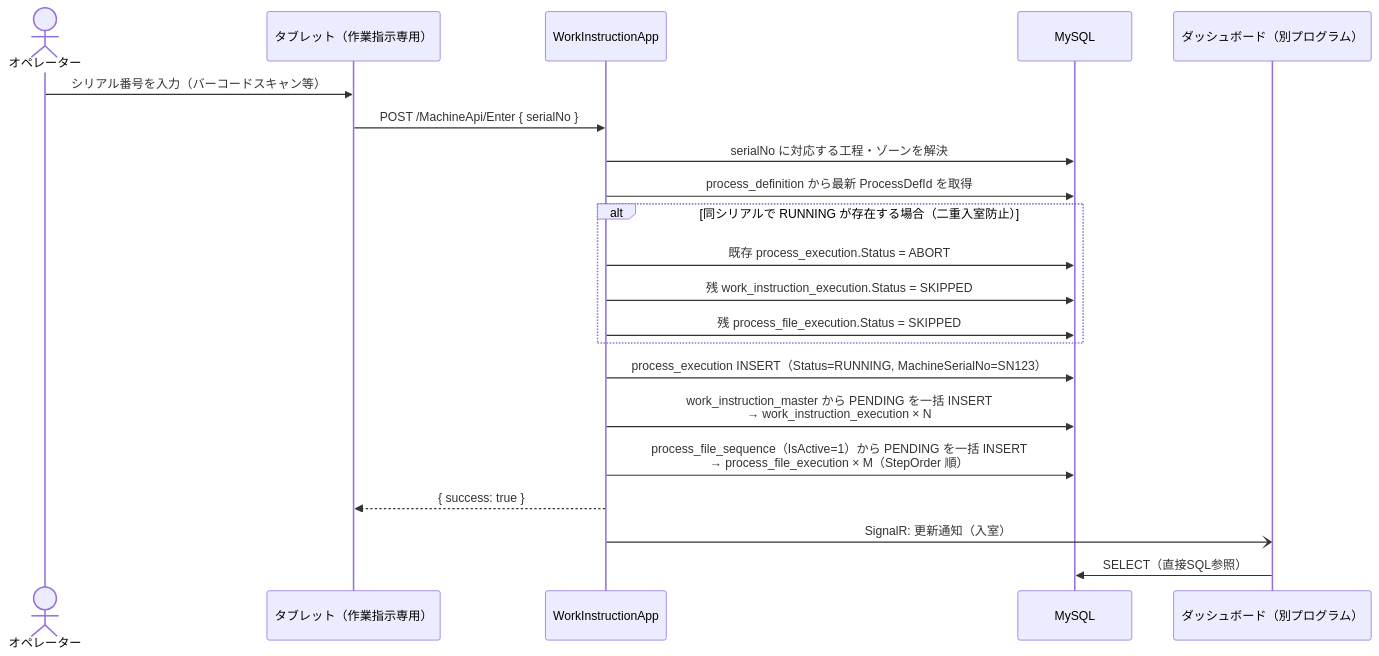
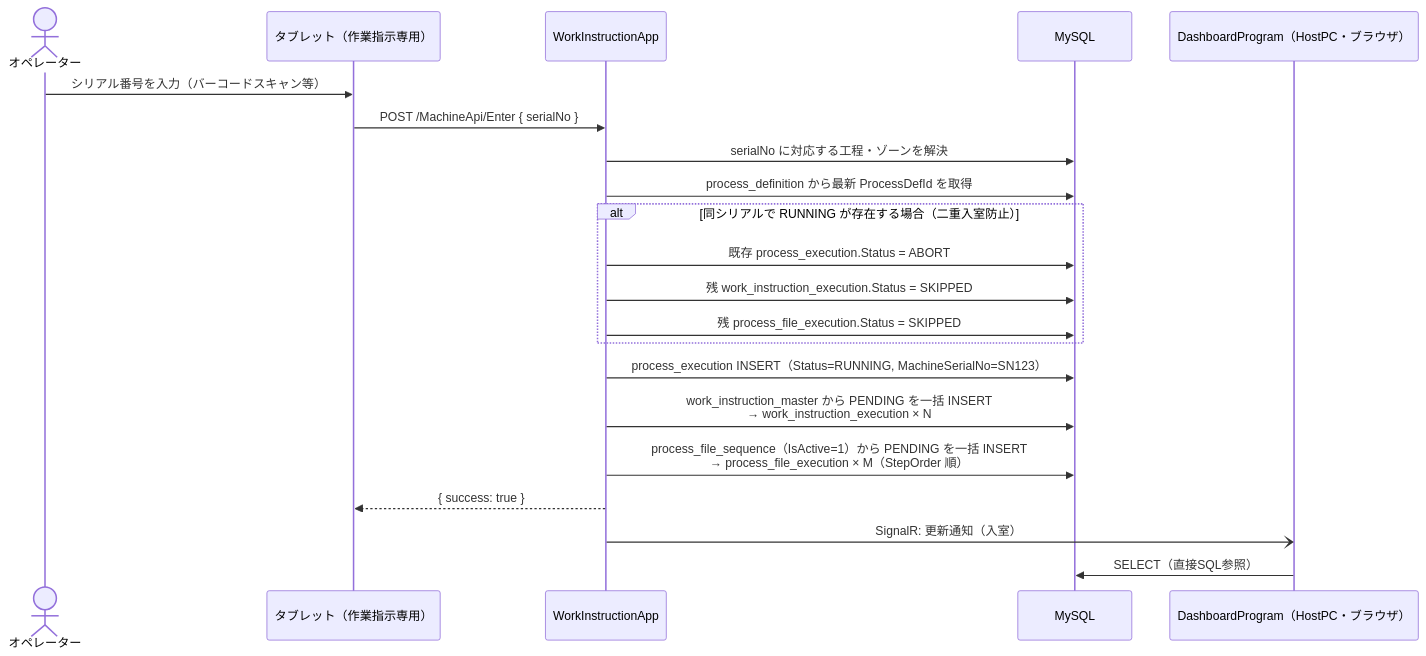
The third of 11 diagrams in docs/07_system_design.md (namagi14-lab/spica-warranty-design), drawn with Mermaid before and after one commit. The commit also changed other lines of this file and 2 other files, not shown here.

First line of the commit message:
fix: DashboardProgramをHostPC内のブラウザ表示プログラムとして正しく記述

````diff
--- a/docs/07_system_design.md
+++ b/docs/07_system_design.md
@@ -137,28 +137,28 @@
 ```mermaid
 sequenceDiagram
     actor Op as オペレーター
     participant Tablet as タブレット（作業指示専用）
     participant App as WorkInstructionApp
     participant DB as MySQL
-    participant Dash as ダッシュボード（別プログラム）
+    participant Dash as DashboardProgram（HostPC・ブラウザ）
 
     Op->>Tablet: シリアル番号を入力（バーコードスキャン等）
     Tablet->>App: POST /MachineApi/Enter { serialNo }
 
     App->>DB: serialNo に対応する工程・ゾーンを解決
     App->>DB: process_definition から最新 ProcessDefId を取得
 
     alt 同シリアルで RUNNING が存在する場合（二重入室防止）
         App->>DB: 既存 process_execution.Status = ABORT
         App->>DB: 残 work_instruction_execution.Status = SKIPPED
         App->>DB: 残 process_file_execution.Status = SKIPPED
     end
 
     App->>DB: process_execution INSERT（Status=RUNNING, MachineSerialNo=SN123）
     App->>DB: work_instruction_master から PENDING を一括 INSERT<br/>→ work_instruction_execution × N
     App->>DB: process_file_sequence（IsActive=1）から PENDING を一括 INSERT<br/>→ process_file_execution × M（StepOrder 順）
 
     App-->>Tablet: { success: true }
     App-)Dash: SignalR: 更新通知（入室）
     Dash->>DB: SELECT（直接SQL参照）
 ```
````
